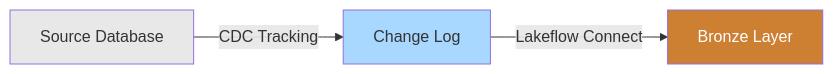
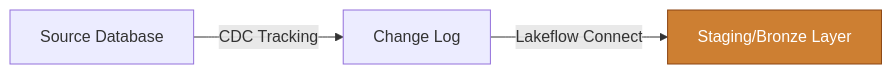
One commit to PlainsightPro/Vision-Playbook changed the third of 8 diagrams in Technical Guideline Ops/Databricks Best-Practices/Lakeflow ETL Guide.md. Above: the diagram before and after it, drawn with Mermaid. The commit also changed other lines of this file and 40 other files, not shown here.

````diff
--- a/Technical Guideline Ops/Databricks Best-Practices/Lakeflow ETL Guide.md
+++ b/Technical Guideline Ops/Databricks Best-Practices/Lakeflow ETL Guide.md
@@ -89,10 +80,8 @@
 ```mermaid
 %%{init: { "flowchart": { "useMaxWidth": true } } }%%
 flowchart LR
     A[Source Database] -->|CDC Tracking| B[Change Log]
-    B -->|Lakeflow Connect| C[Bronze Layer]
+    B -->|Lakeflow Connect| C[Staging/Bronze Layer]
     
-    style A fill:#e8e8e8
-    style B fill:#a8d8ff
-    style C fill:#cd7f32,color:#fff
+    style C fill:#CD7F32,stroke:#8B4513,color:#FFFFFF
 ```
````
